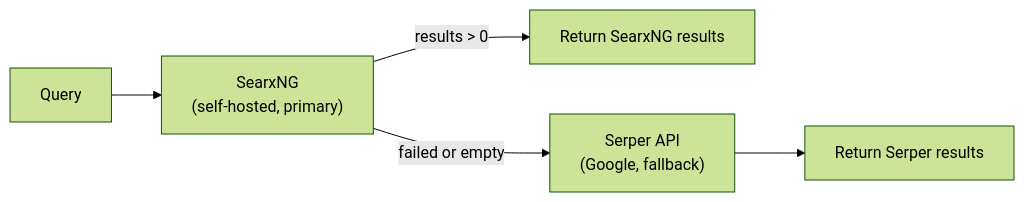
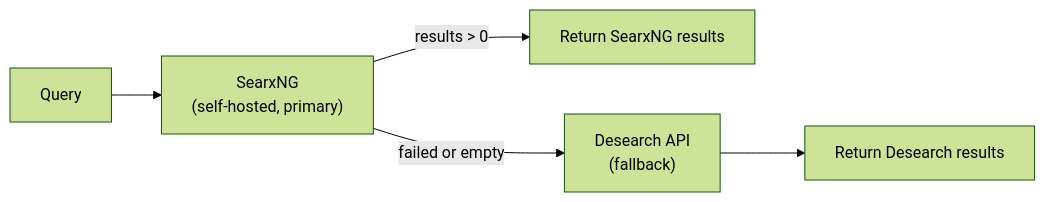
Before and after one commit to chutesai/chutes-search: the diagram in docs2/diagrams/01-architecture-overview-diagram-3.mmd, drawn with Mermaid (forest theme). The commit also changed 17 other files, not shown here.

Commit message:
Switch web search fallback to Desearch

```diff
--- a/docs2/diagrams/01-architecture-overview-diagram-3.mmd
+++ b/docs2/diagrams/01-architecture-overview-diagram-3.mmd
@@ -1,5 +1,5 @@
 flowchart LR
     Q["Query"] --> SEARXNG["SearxNG<br/>(self-hosted, primary)"]
     SEARXNG -->|results > 0| OK["Return SearxNG results"]
-    SEARXNG -->|failed or empty| SERPER["Serper API<br/>(Google, fallback)"]
-    SERPER --> OK2["Return Serper results"]
+    SEARXNG -->|failed or empty| DESEARCH["Desearch API<br/>(fallback)"]
+    DESEARCH --> OK2["Return Desearch results"]
```
